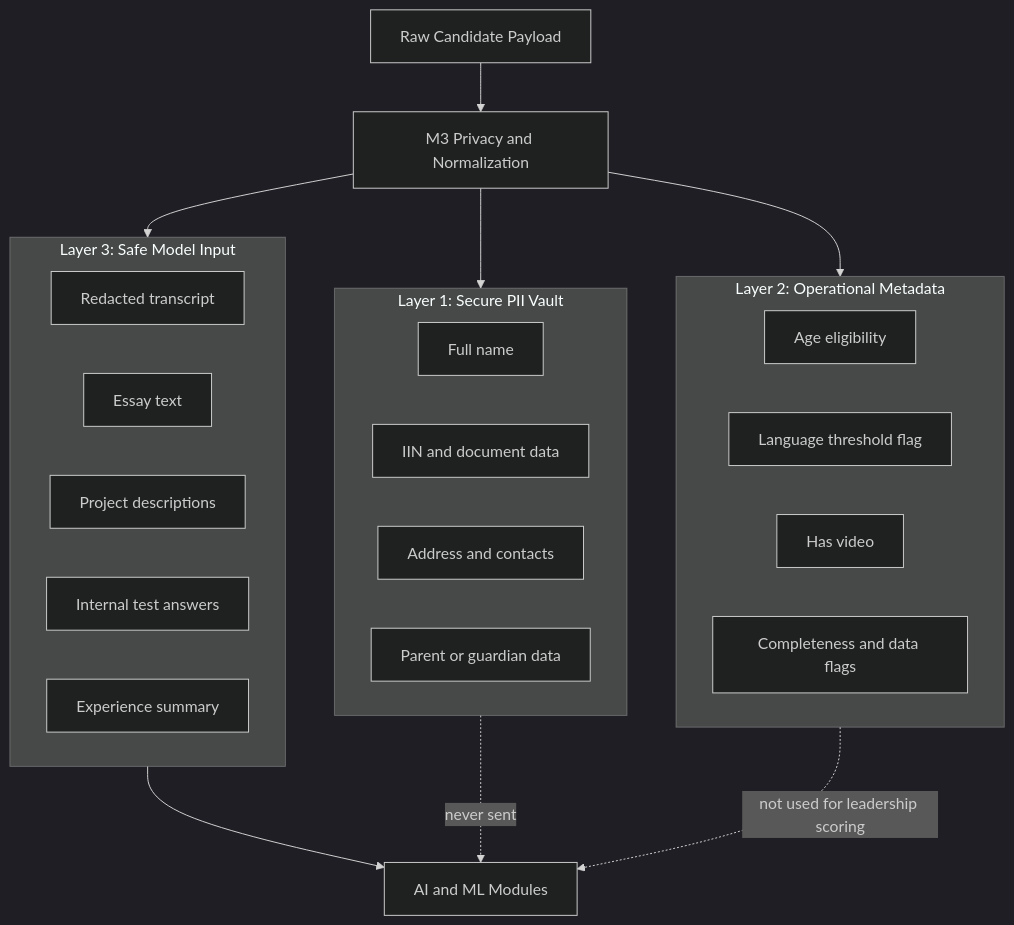
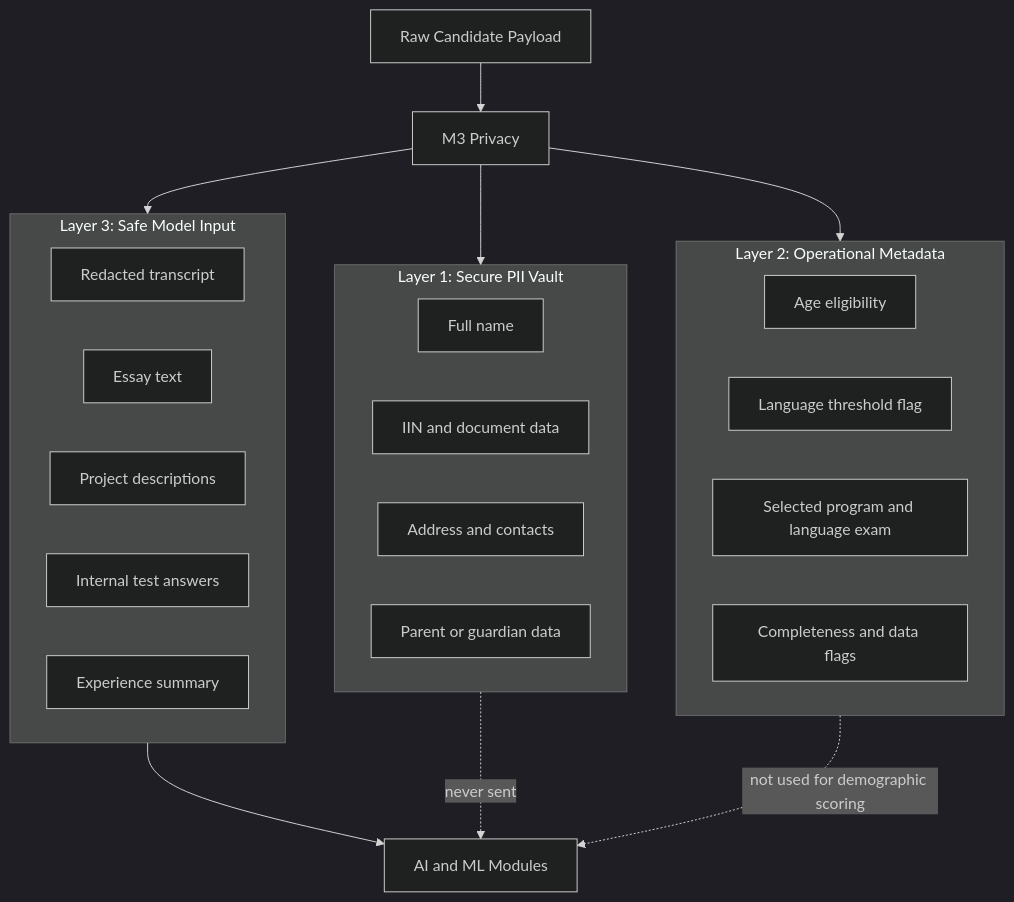
The second of 3 diagrams in docs/eng/ARCHITECTURE.md (alenisaw/invision_u_Vi-Ka), drawn with Mermaid (dark theme) before and after one commit. The commit also changed other lines of this file and 68 other files, not shown here.

````diff
--- a/docs/eng/ARCHITECTURE.md
+++ b/docs/eng/ARCHITECTURE.md
@@ -301,38 +255,38 @@
 ```mermaid
 flowchart TD
     Raw["Raw Candidate Payload"]
-    M3["M3 Privacy and Normalization"]
+    Privacy["M3 Privacy"]
 
     subgraph Layer1["Layer 1: Secure PII Vault"]
         PII1["Full name"]
         PII2["IIN and document data"]
         PII3["Address and contacts"]
         PII4["Parent or guardian data"]
     end
 
     subgraph Layer2["Layer 2: Operational Metadata"]
         META1["Age eligibility"]
         META2["Language threshold flag"]
-        META3["Has video"]
+        META3["Selected program and language exam"]
         META4["Completeness and data flags"]
     end
 
     subgraph Layer3["Layer 3: Safe Model Input"]
         SAFE1["Redacted transcript"]
         SAFE2["Essay text"]
         SAFE3["Project descriptions"]
         SAFE4["Internal test answers"]
         SAFE5["Experience summary"]
     end
 
     AI["AI and ML Modules"]
 
-    Raw --> M3
-    M3 --> Layer1
-    M3 --> Layer2
-    M3 --> Layer3
+    Raw --> Privacy
+    Privacy --> Layer1
+    Privacy --> Layer2
+    Privacy --> Layer3
     Layer3 --> AI
 
     Layer1 -. never sent .-> AI
-    Layer2 -. not used for leadership scoring .-> AI
+    Layer2 -. not used for demographic scoring .-> AI
 ```
````
